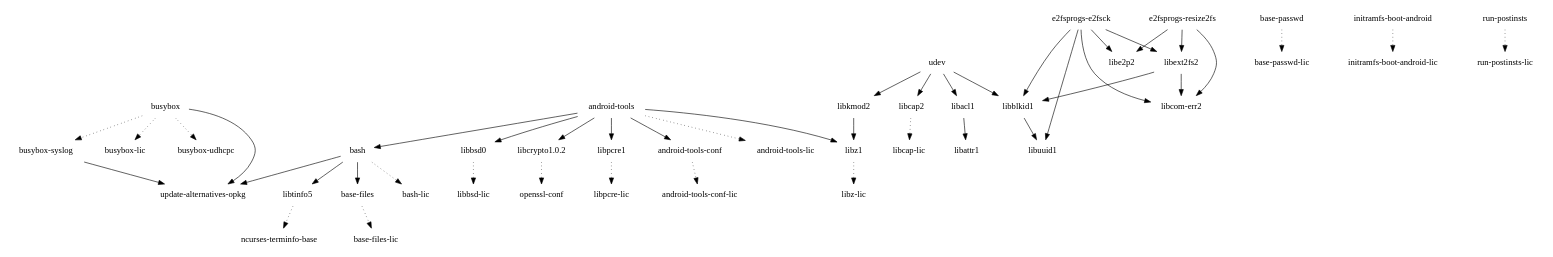
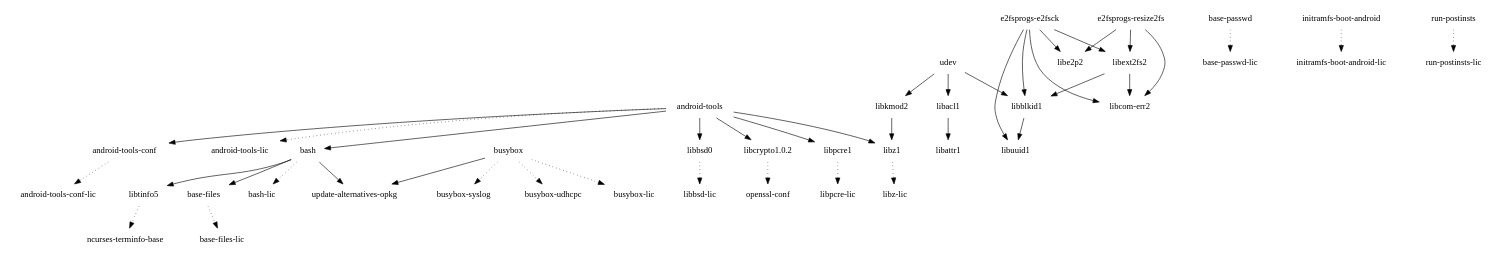
Before and after one commit to webOS-ports/buildhistory: the diagram in images/hammerhead/glibc/initramfs-android-image/depends-nokernel-nolibc.dot, drawn with Graphviz. The commit also changed 10670 other files, not shown here.

```diff
--- a/images/hammerhead/glibc/initramfs-android-image/depends-nokernel-nolibc.dot
+++ b/images/hammerhead/glibc/initramfs-android-image/depends-nokernel-nolibc.dot
@@ -1,47 +1,44 @@
 digraph depends {
     node [shape=plaintext]
 "android-tools" -> "android-tools-conf"
 "android-tools" -> "android-tools-lic" [style=dotted]
 "android-tools" -> "bash"
 "android-tools-conf" -> "android-tools-conf-lic" [style=dotted]
 "android-tools" -> "libbsd0"
 "android-tools" -> "libcrypto1.0.2"
 "android-tools" -> "libpcre1"
 "android-tools" -> "libz1"
 "base-files" -> "base-files-lic" [style=dotted]
 "base-passwd" -> "base-passwd-lic" [style=dotted]
 "bash" -> "base-files"
 "bash" -> "bash-lic" [style=dotted]
 "bash" -> "libtinfo5"
 "bash" -> "update-alternatives-opkg"
 "busybox" -> "busybox-lic" [style=dotted]
 "busybox" -> "busybox-syslog" [style=dotted]
 "busybox" -> "busybox-udhcpc" [style=dotted]
-"busybox-syslog" -> "update-alternatives-opkg"
 "busybox" -> "update-alternatives-opkg"
 "e2fsprogs-e2fsck" -> "libblkid1"
 "e2fsprogs-e2fsck" -> "libcom-err2"
 "e2fsprogs-e2fsck" -> "libe2p2"
 "e2fsprogs-e2fsck" -> "libext2fs2"
 "e2fsprogs-e2fsck" -> "libuuid1"
 "e2fsprogs-resize2fs" -> "libcom-err2"
 "e2fsprogs-resize2fs" -> "libe2p2"
 "e2fsprogs-resize2fs" -> "libext2fs2"
 "initramfs-boot-android" -> "initramfs-boot-android-lic" [style=dotted]
 "libacl1" -> "libattr1"
 "libblkid1" -> "libuuid1"
 "libbsd0" -> "libbsd-lic" [style=dotted]
-"libcap2" -> "libcap-lic" [style=dotted]
 "libcrypto1.0.2" -> "openssl-conf" [style=dotted]
 "libext2fs2" -> "libblkid1"
 "libext2fs2" -> "libcom-err2"
 "libkmod2" -> "libz1"
 "libpcre1" -> "libpcre-lic" [style=dotted]
 "libtinfo5" -> "ncurses-terminfo-base" [style=dotted]
 "libz1" -> "libz-lic" [style=dotted]
 "run-postinsts" -> "run-postinsts-lic" [style=dotted]
 "udev" -> "libacl1"
 "udev" -> "libblkid1"
-"udev" -> "libcap2"
 "udev" -> "libkmod2"
 }
```
